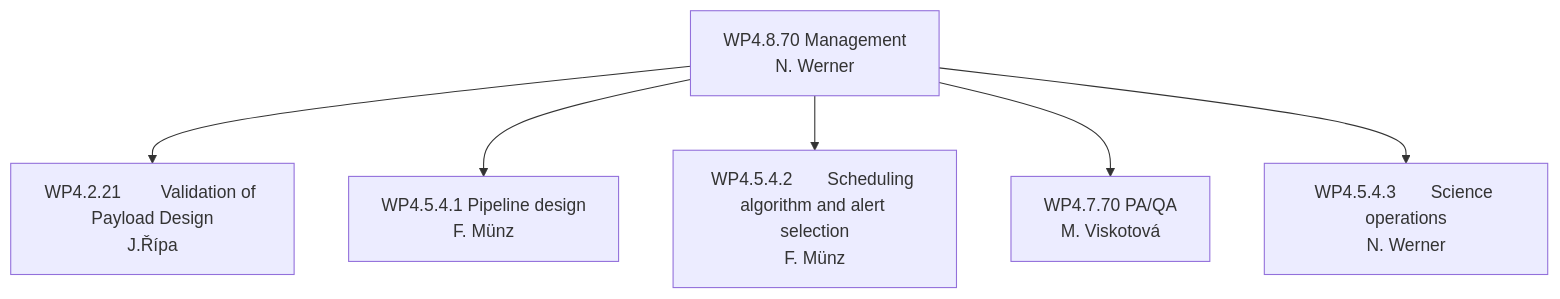
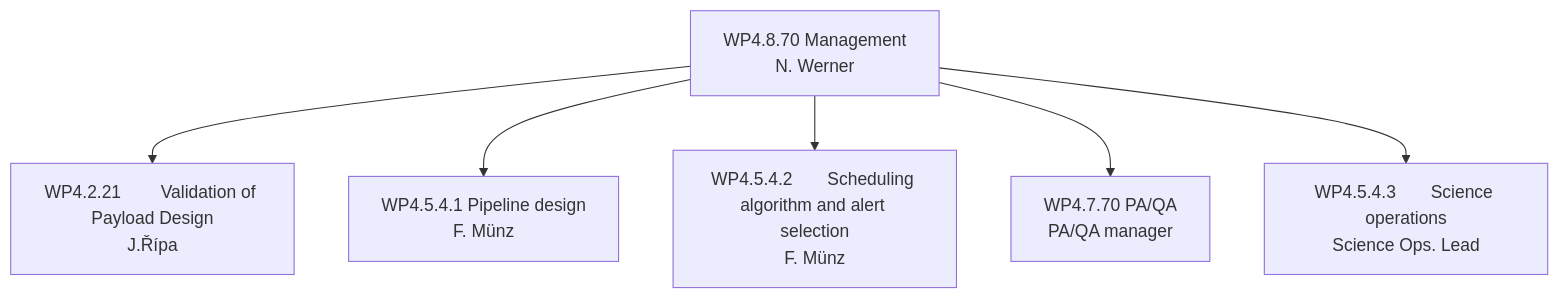
The second of 3 diagrams in calib/Workflow.md (limu007/quvik), drawn with Mermaid before and after one commit. The commit also changed other lines of this file, not shown here.

````diff
--- a/calib/Workflow.md
+++ b/calib/Workflow.md
@@ -17,15 +17,15 @@
 ```mermaid
 flowchart TD
 a[WP4.8.70 Management
 N. Werner] --> b[WP4.2.21	Validation of Payload Design
 J.Řípa]
 a --> c[WP4.5.4.1 	Pipeline design
 F. Münz]
 a --> d[WP4.5.4.2	Scheduling algorithm and alert selection
 F. Münz]
 a-->e[WP4.7.70	PA/QA
-M. Viskotová]
+PA/QA manager]
 a-->f[WP4.5.4.3	Science operations
-N. Werner]
+Science Ops. Lead]
 
 ```
````
